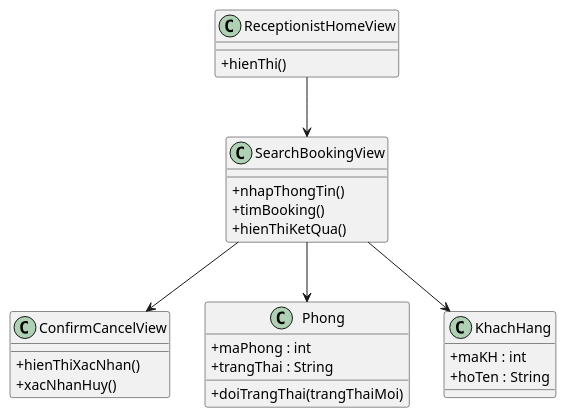
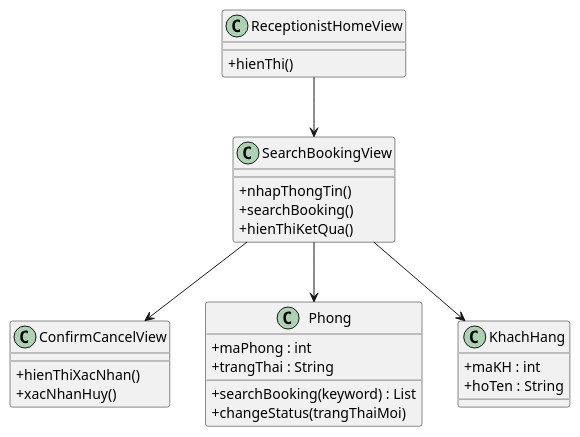
One commit to thanhtrnnn/cnpm changed the second of 8 diagrams in docs/tabs/section-booking-ii.3-2.4.md. Above: the diagram before and after it, drawn with PlantUML. The commit also changed other lines of this file and 15 other files, not shown here.

First line of the commit message:
feat: add Phase II analysis BCE + sequence diagrams with narrative text

````diff
--- a/docs/tabs/section-booking-ii.3-2.4.md
+++ b/docs/tabs/section-booking-ii.3-2.4.md
@@ -61,36 +91,37 @@
 ```plantuml
 @startuml
 skinparam classAttributeIconSize 0
 
 class ReceptionistHomeView {
   +hienThi()
 }
 
 class SearchBookingView {
   +nhapThongTin()
-  +timBooking()
+  +searchBooking()
   +hienThiKetQua()
 }
 
 class ConfirmCancelView {
   +hienThiXacNhan()
   +xacNhanHuy()
 }
 
 class Phong {
   +maPhong : int
   +trangThai : String
-  +doiTrangThai(trangThaiMoi)
+  +searchBooking(keyword) : List
+  +changeStatus(trangThaiMoi)
 }
 
 class KhachHang {
   +maKH : int
   +hoTen : String
 }
 
 ReceptionistHomeView --> SearchBookingView
 SearchBookingView --> ConfirmCancelView
 SearchBookingView --> Phong
 SearchBookingView --> KhachHang
 @enduml
 ```
````
